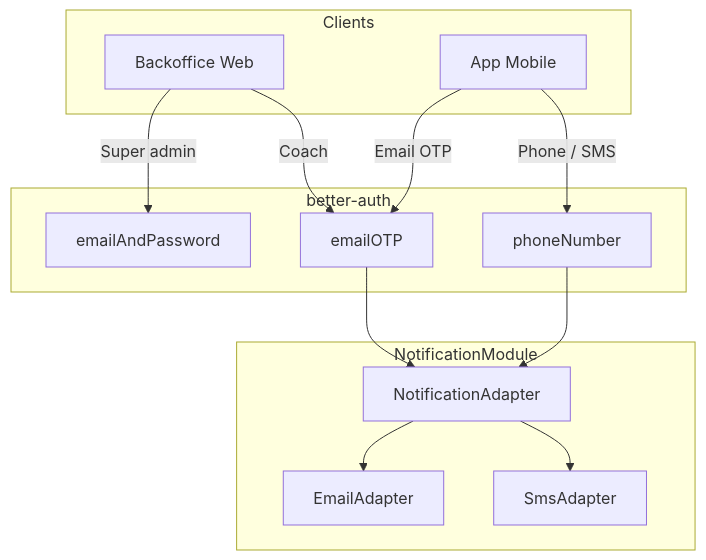
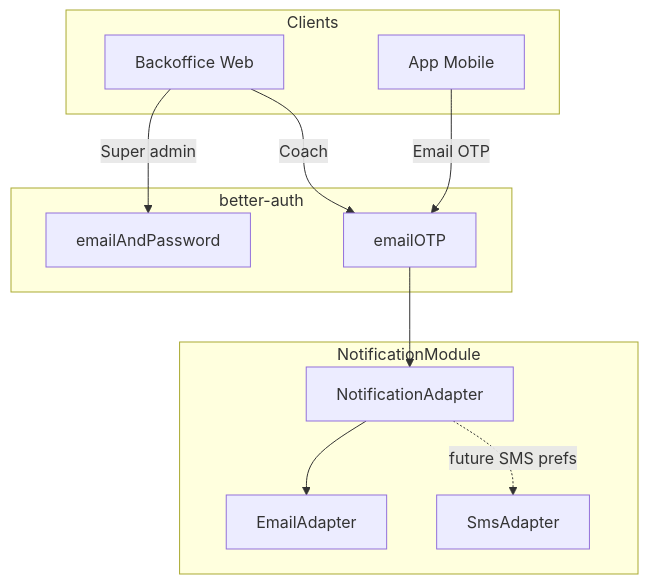
The diagram in apps/api/src/modules/auth/README.md (Netsbump/dropit), drawn with Mermaid before and after one commit. The commit also changed other lines of this file and 14 other files, not shown here.

````diff
--- a/apps/api/src/modules/auth/README.md
+++ b/apps/api/src/modules/auth/README.md
@@ -70,29 +70,26 @@
 ```mermaid
 flowchart TB
     subgraph Clients
         Web[Backoffice Web]
         Mobile[App Mobile]
     end
 
     subgraph Auth[better-auth]
         EmailPassword[emailAndPassword]
         EmailOTP[emailOTP]
-        PhoneNumber[phoneNumber]
     end
 
     subgraph Notification[NotificationModule]
         NotificationAdapter[NotificationAdapter]
         EmailChannel[EmailAdapter]
         SmsChannel[SmsAdapter]
     end
 
     Web -->|Super admin| EmailPassword
     Web -->|Coach| EmailOTP
     Mobile -->|Email OTP| EmailOTP
-    Mobile -->|Phone / SMS| PhoneNumber
 
     EmailOTP --> NotificationAdapter
-    PhoneNumber --> NotificationAdapter
     NotificationAdapter --> EmailChannel
-    NotificationAdapter --> SmsChannel
+    NotificationAdapter -.->|future SMS prefs| SmsChannel
 ```
````
